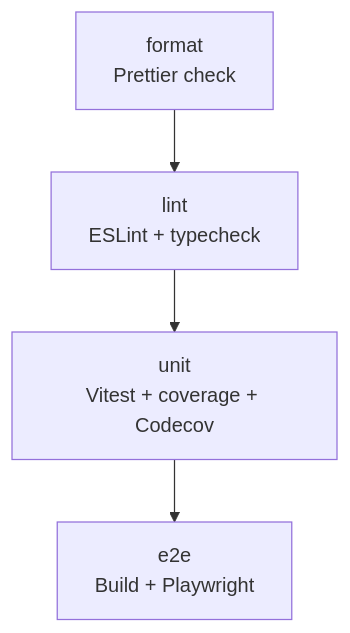
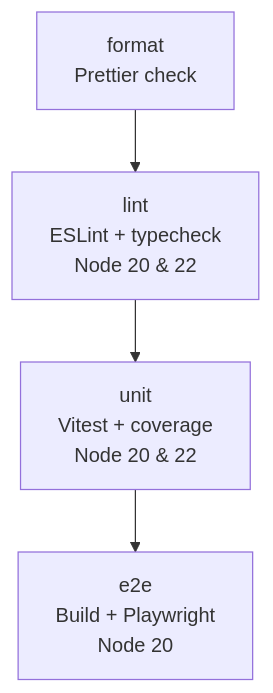
One commit to miguelpadin/poc-gh-actions changed the diagram in README.md. Above: the diagram before and after it, drawn with Mermaid. The commit also changed other lines of this file and 1 other file, not shown here.

````diff
--- a/README.md
+++ b/README.md
@@ -20,6 +20,6 @@
 ```mermaid
 graph TD
-  A[format<br/>Prettier check] --> B[lint<br/>ESLint + typecheck]
-  B --> C[unit<br/>Vitest + coverage + Codecov]
-  C --> D[e2e<br/>Build + Playwright]
+  A[format<br/>Prettier check] --> B[lint<br/>ESLint + typecheck<br/>Node 20 & 22]
+  B --> C[unit<br/>Vitest + coverage<br/>Node 20 & 22]
+  C --> D[e2e<br/>Build + Playwright<br/>Node 20]
 ```
````
